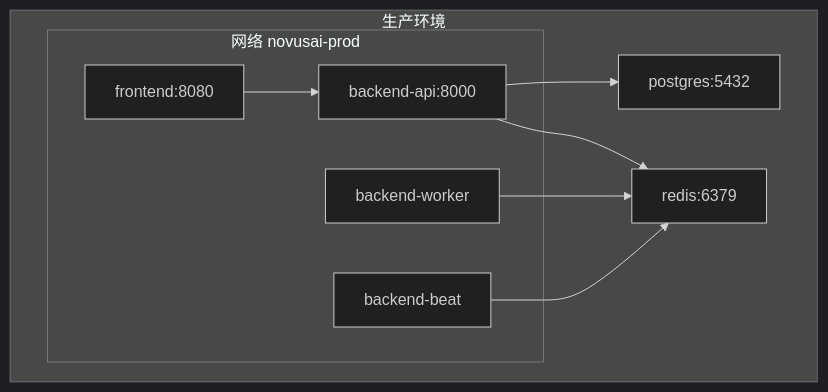
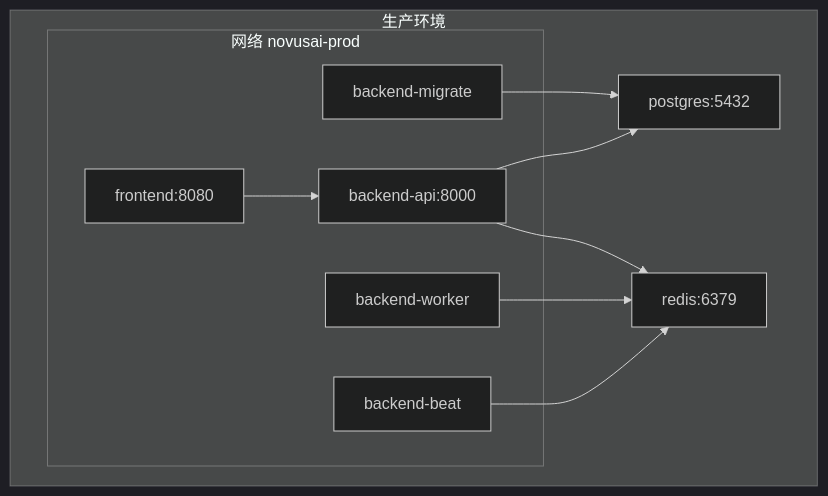
One commit to yzxingtu/novusai-saas changed the second of 7 diagrams in .qoder/repowiki/zh/content/架构设计/整体架构设计/部署架构设计/容器化策略.md. Above: the diagram before and after it, drawn with Mermaid (dark theme). The commit also changed other lines of this file and 256 other files, not shown here.

````diff
--- a/.qoder/repowiki/zh/content/架构设计/整体架构设计/部署架构设计/容器化策略.md
+++ b/.qoder/repowiki/zh/content/架构设计/整体架构设计/部署架构设计/容器化策略.md
@@ -79,18 +93,20 @@
 ```mermaid
 graph TB
 subgraph "生产环境"
 subgraph "网络 novusai-prod"
+MIGRATE["backend-migrate"]
 API["backend-api:8000"]
 WORKER["backend-worker"]
 BEAT["backend-beat"]
 FRONT["frontend:8080"]
 end
 DB["postgres:5432"]
 REDIS["redis:6379"]
 FRONT --> API
+MIGRATE --> DB
 API --> DB
 API --> REDIS
 WORKER --> REDIS
 BEAT --> REDIS
 end
 ```
````
